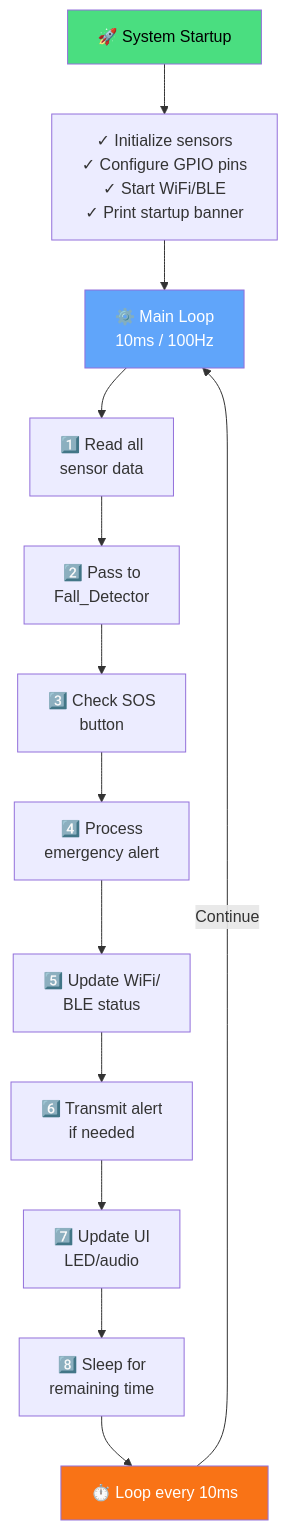
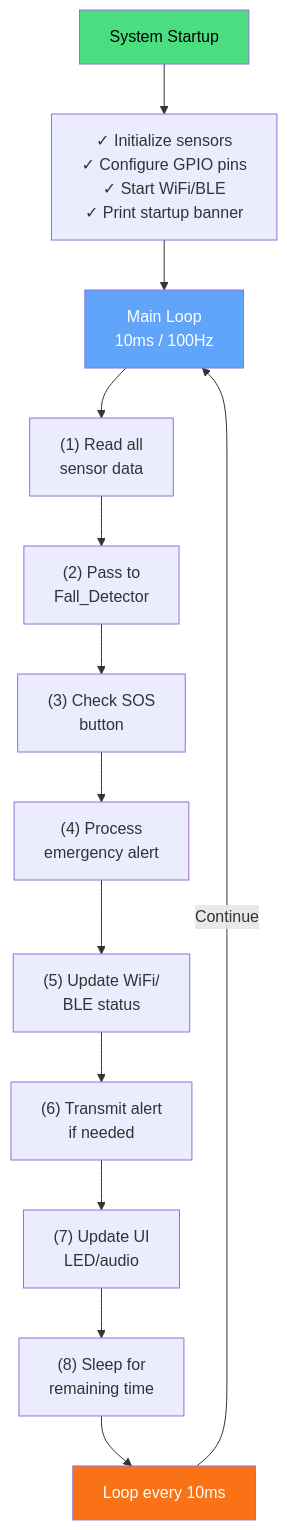
The second of 2 diagrams in docs/firmware/architecture.md (Smart-Fall/Hardware), drawn with Mermaid before and after one commit. The commit also changed 71 other files, not shown here.

````diff
--- a/docs/firmware/architecture.md
+++ b/docs/firmware/architecture.md
@@ -89,24 +89,24 @@
 ```mermaid
 graph TD
-    A["🚀 System Startup"]
+    A["System Startup"]
     A1["✓ Initialize sensors<br/>✓ Configure GPIO pins<br/>✓ Start WiFi/BLE<br/>✓ Print startup banner"]
     A --> A1
 
-    A1 --> B["⚙️ Main Loop<br/>10ms / 100Hz"]
+    A1 --> B["Main Loop<br/>10ms / 100Hz"]
 
-    B --> B1["1️⃣ Read all<br/>sensor data"]
-    B1 --> B2["2️⃣ Pass to<br/>Fall_Detector"]
-    B2 --> B3["3️⃣ Check SOS<br/>button"]
-    B3 --> B4["4️⃣ Process<br/>emergency alert"]
-    B4 --> B5["5️⃣ Update WiFi/<br/>BLE status"]
-    B5 --> B6["6️⃣ Transmit alert<br/>if needed"]
-    B6 --> B7["7️⃣ Update UI<br/>LED/audio"]
-    B7 --> B8["8️⃣ Sleep for<br/>remaining time"]
+    B --> B1["(1) Read all<br/>sensor data"]
+    B1 --> B2["(2) Pass to<br/>Fall_Detector"]
+    B2 --> B3["(3) Check SOS<br/>button"]
+    B3 --> B4["(4) Process<br/>emergency alert"]
+    B4 --> B5["(5) Update WiFi/<br/>BLE status"]
+    B5 --> B6["(6) Transmit alert<br/>if needed"]
+    B6 --> B7["(7) Update UI<br/>LED/audio"]
+    B7 --> B8["(8) Sleep for<br/>remaining time"]
 
-    B8 --> C["⏱️ Loop every 10ms"]
+    B8 --> C["Loop every 10ms"]
     C -->|Continue| B
 
     style A fill:#4ade80,color:#000
     style B fill:#60a5fa,color:#fff
     style C fill:#f97316,color:#fff
 ```
````
